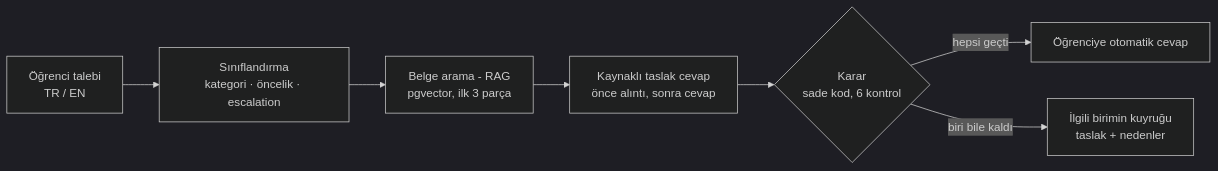
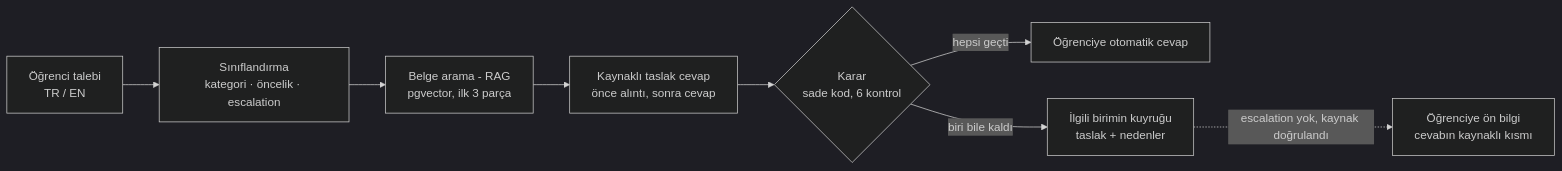
The diagram in README.md (AhmedElghazzawy/ai-ticket-assistant), drawn with Mermaid (dark theme) before and after one commit. The commit also changed other lines of this file and 7 other files, not shown here.

Commit message:
README: Phase 8 results, first help section, new BŞEÜ UI screenshots (real replies), not-official notice, updated roadmap; demo queue regenerated (reason codes, source lines, no model-written source notes)

````diff
--- a/README.md
+++ b/README.md
@@ -37,9 +42,10 @@
 ```mermaid
 flowchart LR
     T[Öğrenci talebi<br/>TR / EN] --> C[Sınıflandırma<br/>kategori · öncelik · escalation]
     C --> R[Belge arama - RAG<br/>pgvector, ilk 3 parça]
     R --> A[Kaynaklı taslak cevap<br/>önce alıntı, sonra cevap]
     A --> D{Karar<br/>sade kod, 6 kontrol}
     D -->|hepsi geçti| S[Öğrenciye otomatik cevap]
     D -->|biri bile kaldı| H[İlgili birimin kuyruğu<br/>taslak + nedenler]
+    H -.->|escalation yok, kaynak doğrulandı| F[Öğrenciye ön bilgi<br/>cevabın kaynaklı kısmı]
 ```
````
